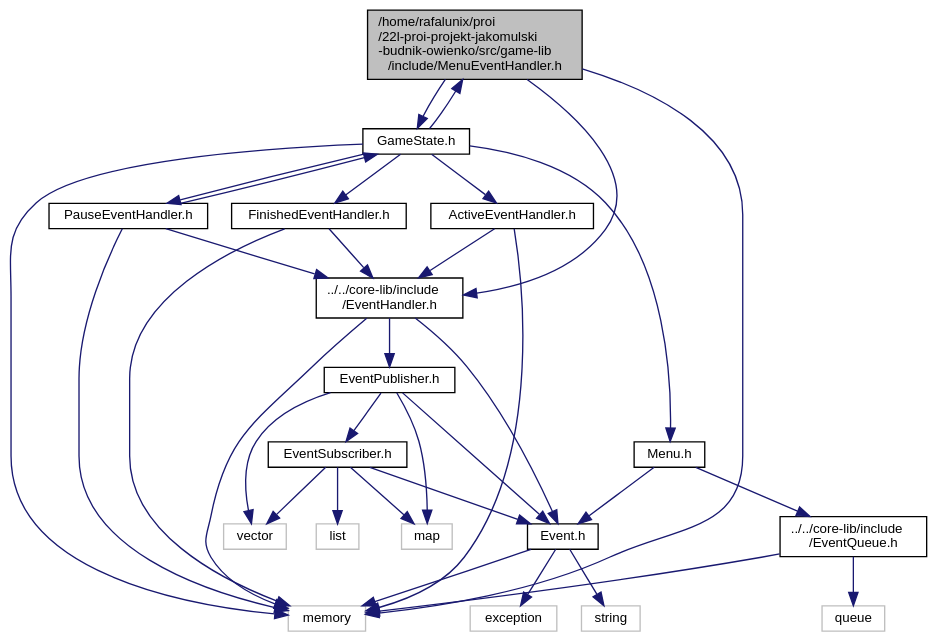
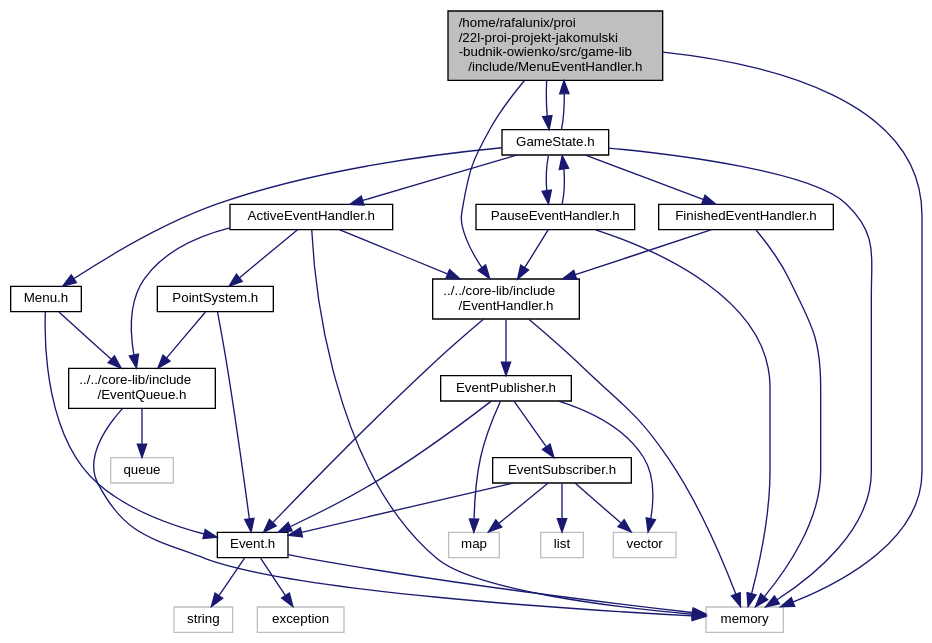
One commit to SNURTEL/battle-city changed the diagram in doc/rtf/_menu_event_handler_8h__incl.dot. Above: the diagram before and after it, drawn with Graphviz. The commit also changed 326 other files, not shown here.

Commit message:
Added PointSystem and more event handling

```diff
--- a/doc/rtf/_menu_event_handler_8h__incl.dot
+++ b/doc/rtf/_menu_event_handler_8h__incl.dot
@@ -1,60 +1,65 @@
 digraph "/home/rafalunix/proi/22l-proi-projekt-jakomulski-budnik-owienko/src/game-lib/include/MenuEventHandler.h"
 {
  // INTERACTIVE_SVG=YES
  // LATEX_PDF_SIZE
   bgcolor="transparent";
   edge [fontname="Helvetica",fontsize="10",labelfontname="Helvetica",labelfontsize="10"];
   node [fontname="Helvetica",fontsize="10",shape=record];
   Node1 [label="/home/rafalunix/proi\l/22l-proi-projekt-jakomulski\l-budnik-owienko/src/game-lib\l/include/MenuEventHandler.h",height=0.2,width=0.4,color="black", fillcolor="grey75", style="filled", fontcolor="black",tooltip=" "];
   Node1 -> Node2 [color="midnightblue",fontsize="10",style="solid",fontname="Helvetica"];
   Node2 [label="memory",height=0.2,width=0.4,color="grey75",tooltip=" "];
   Node1 -> Node3 [color="midnightblue",fontsize="10",style="solid",fontname="Helvetica"];
   Node3 [label="../../core-lib/include\l/EventHandler.h",height=0.2,width=0.4,color="black",URL="$_event_handler_8h.html",tooltip=" "];
   Node3 -> Node2 [color="midnightblue",fontsize="10",style="solid",fontname="Helvetica"];
   Node3 -> Node4 [color="midnightblue",fontsize="10",style="solid",fontname="Helvetica"];
   Node4 [label="Event.h",height=0.2,width=0.4,color="black",URL="$_event_8h.html",tooltip=" "];
   Node4 -> Node5 [color="midnightblue",fontsize="10",style="solid",fontname="Helvetica"];
   Node5 [label="exception",height=0.2,width=0.4,color="grey75",tooltip=" "];
   Node4 -> Node6 [color="midnightblue",fontsize="10",style="solid",fontname="Helvetica"];
   Node6 [label="string",height=0.2,width=0.4,color="grey75",tooltip=" "];
   Node4 -> Node2 [color="midnightblue",fontsize="10",style="solid",fontname="Helvetica"];
   Node3 -> Node7 [color="midnightblue",fontsize="10",style="solid",fontname="Helvetica"];
   Node7 [label="EventPublisher.h",height=0.2,width=0.4,color="black",URL="$_event_publisher_8h.html",tooltip=" "];
   Node7 -> Node8 [color="midnightblue",fontsize="10",style="solid",fontname="Helvetica"];
   Node8 [label="map",height=0.2,width=0.4,color="grey75",tooltip=" "];
   Node7 -> Node9 [color="midnightblue",fontsize="10",style="solid",fontname="Helvetica"];
   Node9 [label="vector",height=0.2,width=0.4,color="grey75",tooltip=" "];
   Node7 -> Node4 [color="midnightblue",fontsize="10",style="solid",fontname="Helvetica"];
   Node7 -> Node10 [color="midnightblue",fontsize="10",style="solid",fontname="Helvetica"];
   Node10 [label="EventSubscriber.h",height=0.2,width=0.4,color="black",URL="$_event_subscriber_8h.html",tooltip=" "];
   Node10 -> Node8 [color="midnightblue",fontsize="10",style="solid",fontname="Helvetica"];
   Node10 -> Node9 [color="midnightblue",fontsize="10",style="solid",fontname="Helvetica"];
   Node10 -> Node11 [color="midnightblue",fontsize="10",style="solid",fontname="Helvetica"];
   Node11 [label="list",height=0.2,width=0.4,color="grey75",tooltip=" "];
   Node10 -> Node4 [color="midnightblue",fontsize="10",style="solid",fontname="Helvetica"];
   Node1 -> Node12 [color="midnightblue",fontsize="10",style="solid",fontname="Helvetica"];
   Node12 [label="GameState.h",height=0.2,width=0.4,color="black",URL="$_game_state_8h.html",tooltip=" "];
   Node12 -> Node2 [color="midnightblue",fontsize="10",style="solid",fontname="Helvetica"];
   Node12 -> Node13 [color="midnightblue",fontsize="10",style="solid",fontname="Helvetica"];
   Node13 [label="ActiveEventHandler.h",height=0.2,width=0.4,color="black",URL="$_active_event_handler_8h.html",tooltip=" "];
   Node13 -> Node2 [color="midnightblue",fontsize="10",style="solid",fontname="Helvetica"];
   Node13 -> Node3 [color="midnightblue",fontsize="10",style="solid",fontname="Helvetica"];
+  Node13 -> Node14 [color="midnightblue",fontsize="10",style="solid",fontname="Helvetica"];
+  Node14 [label="../../core-lib/include\l/EventQueue.h",height=0.2,width=0.4,color="black",URL="$_event_queue_8h.html",tooltip=" "];
+  Node14 -> Node15 [color="midnightblue",fontsize="10",style="solid",fontname="Helvetica"];
+  Node15 [label="queue",height=0.2,width=0.4,color="grey75",tooltip=" "];
+  Node14 -> Node2 [color="midnightblue",fontsize="10",style="solid",fontname="Helvetica"];
+  Node13 -> Node16 [color="midnightblue",fontsize="10",style="solid",fontname="Helvetica"];
+  Node16 [label="PointSystem.h",height=0.2,width=0.4,color="black",URL="$_point_system_8h.html",tooltip=" "];
+  Node16 -> Node14 [color="midnightblue",fontsize="10",style="solid",fontname="Helvetica"];
+  Node16 -> Node4 [color="midnightblue",fontsize="10",style="solid",fontname="Helvetica"];
   Node12 -> Node1 [color="midnightblue",fontsize="10",style="solid",fontname="Helvetica"];
-  Node12 -> Node14 [color="midnightblue",fontsize="10",style="solid",fontname="Helvetica"];
-  Node14 [label="PauseEventHandler.h",height=0.2,width=0.4,color="black",URL="$_pause_event_handler_8h.html",tooltip=" "];
-  Node14 -> Node2 [color="midnightblue",fontsize="10",style="solid",fontname="Helvetica"];
-  Node14 -> Node3 [color="midnightblue",fontsize="10",style="solid",fontname="Helvetica"];
-  Node14 -> Node12 [color="midnightblue",fontsize="10",style="solid",fontname="Helvetica"];
-  Node12 -> Node15 [color="midnightblue",fontsize="10",style="solid",fontname="Helvetica"];
-  Node15 [label="FinishedEventHandler.h",height=0.2,width=0.4,color="black",URL="$_finished_event_handler_8h.html",tooltip=" "];
-  Node15 -> Node2 [color="midnightblue",fontsize="10",style="solid",fontname="Helvetica"];
-  Node15 -> Node3 [color="midnightblue",fontsize="10",style="solid",fontname="Helvetica"];
-  Node12 -> Node16 [color="midnightblue",fontsize="10",style="solid",fontname="Helvetica"];
-  Node16 [label="Menu.h",height=0.2,width=0.4,color="black",URL="$_menu_8h.html",tooltip=" "];
-  Node16 -> Node17 [color="midnightblue",fontsize="10",style="solid",fontname="Helvetica"];
-  Node17 [label="../../core-lib/include\l/EventQueue.h",height=0.2,width=0.4,color="black",URL="$_event_queue_8h.html",tooltip=" "];
-  Node17 -> Node18 [color="midnightblue",fontsize="10",style="solid",fontname="Helvetica"];
-  Node18 [label="queue",height=0.2,width=0.4,color="grey75",tooltip=" "];
+  Node12 -> Node17 [color="midnightblue",fontsize="10",style="solid",fontname="Helvetica"];
+  Node17 [label="PauseEventHandler.h",height=0.2,width=0.4,color="black",URL="$_pause_event_handler_8h.html",tooltip=" "];
   Node17 -> Node2 [color="midnightblue",fontsize="10",style="solid",fontname="Helvetica"];
-  Node16 -> Node4 [color="midnightblue",fontsize="10",style="solid",fontname="Helvetica"];
+  Node17 -> Node3 [color="midnightblue",fontsize="10",style="solid",fontname="Helvetica"];
+  Node17 -> Node12 [color="midnightblue",fontsize="10",style="solid",fontname="Helvetica"];
+  Node12 -> Node18 [color="midnightblue",fontsize="10",style="solid",fontname="Helvetica"];
+  Node18 [label="FinishedEventHandler.h",height=0.2,width=0.4,color="black",URL="$_finished_event_handler_8h.html",tooltip=" "];
+  Node18 -> Node2 [color="midnightblue",fontsize="10",style="solid",fontname="Helvetica"];
+  Node18 -> Node3 [color="midnightblue",fontsize="10",style="solid",fontname="Helvetica"];
+  Node12 -> Node19 [color="midnightblue",fontsize="10",style="solid",fontname="Helvetica"];
+  Node19 [label="Menu.h",height=0.2,width=0.4,color="black",URL="$_menu_8h.html",tooltip=" "];
+  Node19 -> Node14 [color="midnightblue",fontsize="10",style="solid",fontname="Helvetica"];
+  Node19 -> Node4 [color="midnightblue",fontsize="10",style="solid",fontname="Helvetica"];
 }
```
